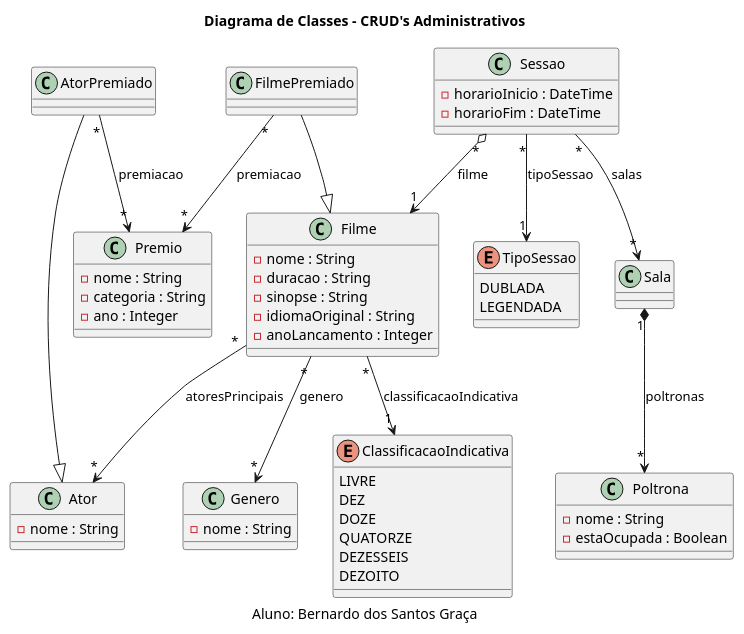
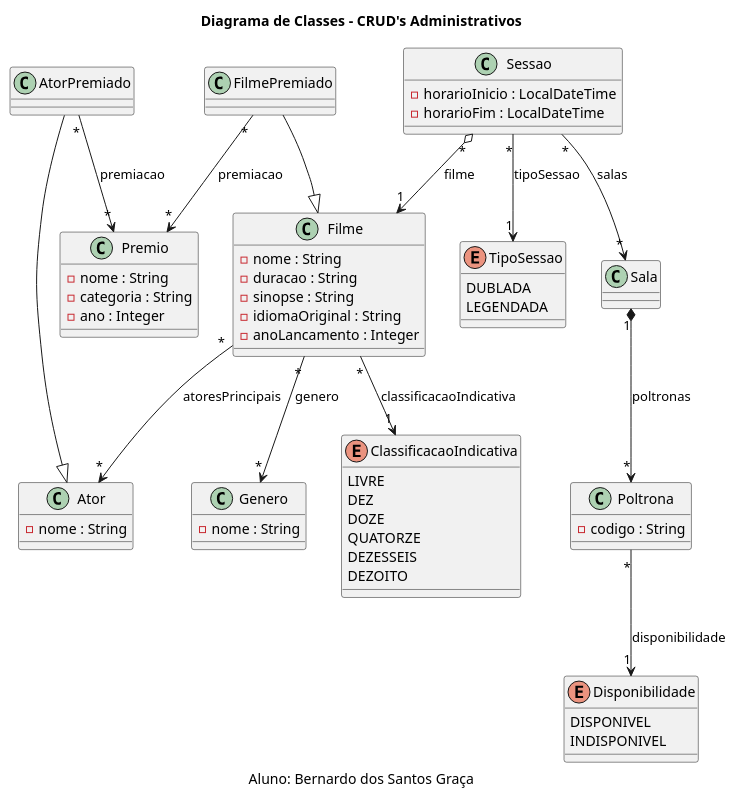
Before and after one commit to bernardoDSG/newsvi-tp1-api: the diagram in src/main/java/br/unitins/diagrams/classesProduto.puml, drawn with PlantUML. The commit also changed 16 other files, not shown here.

```diff
--- a/src/main/java/br/unitins/diagrams/classesProduto.puml
+++ b/src/main/java/br/unitins/diagrams/classesProduto.puml
@@ -1,98 +1,102 @@
 @startuml diagrama
 title Diagrama de Classes - CRUD's Administrativos
 caption Aluno: Bernardo dos Santos Graça
 
 ' --------------------
 ' Classes principais
 ' --------------------
 
 class Filme {
     - nome : String
     - duracao : String
     - sinopse : String
     - idiomaOriginal : String 
     - anoLancamento : Integer
 }
 
+enum Disponibilidade {
+    DISPONIVEL
+    INDISPONIVEL
+}
 
 
 enum TipoSessao {
     DUBLADA
     LEGENDADA
 }
 
 enum ClassificacaoIndicativa {
     LIVRE
     DEZ
     DOZE
     QUATORZE
     DEZESSEIS
     DEZOITO
 }
 
 class Premio {
     - nome : String
     - categoria : String
     - ano : Integer
 }
 
 class Genero {
     - nome : String
 }
 
 
 class Ator {
     - nome : String
 }
 
 
 
 class Sessao {
-    - horarioInicio : DateTime
-    - horarioFim : DateTime
+    - horarioInicio : LocalDateTime
+    - horarioFim : LocalDateTime
 
 }
 
 class Sala {
 }
 
 class Poltrona {
-    - nome : String
-    - estaOcupada : Boolean
+    - codigo : String
 }
 
 
 ' --------------------
 ' Subclasses
 ' --------------------
 class AtorPremiado {
 
 }
 
 class FilmePremiado {
 
 }
 
 
 
 
 ' --------------------
 ' Herança
 ' --------------------
 
 AtorPremiado --|> Ator
 FilmePremiado --|> Filme
 
 ' --------------------
 ' Relacionamentos
 ' --------------------
 Filme "*" --> "*" Ator : atoresPrincipais
 Filme "*" --> "*" Genero : genero
 FilmePremiado "*" --> "*" Premio : premiacao
 AtorPremiado "*" --> "*" Premio : premiacao
 Sessao "*" --> "1" TipoSessao : tipoSessao
 Sessao "*" --> "*" Sala : salas
 Sala "1" *--> "*" Poltrona : poltronas
 Sessao "*" o--> "1" Filme : filme
 Filme "*" --> "1" ClassificacaoIndicativa : classificacaoIndicativa
+Poltrona "*" --> "1" Disponibilidade : disponibilidade
 @enduml
```
